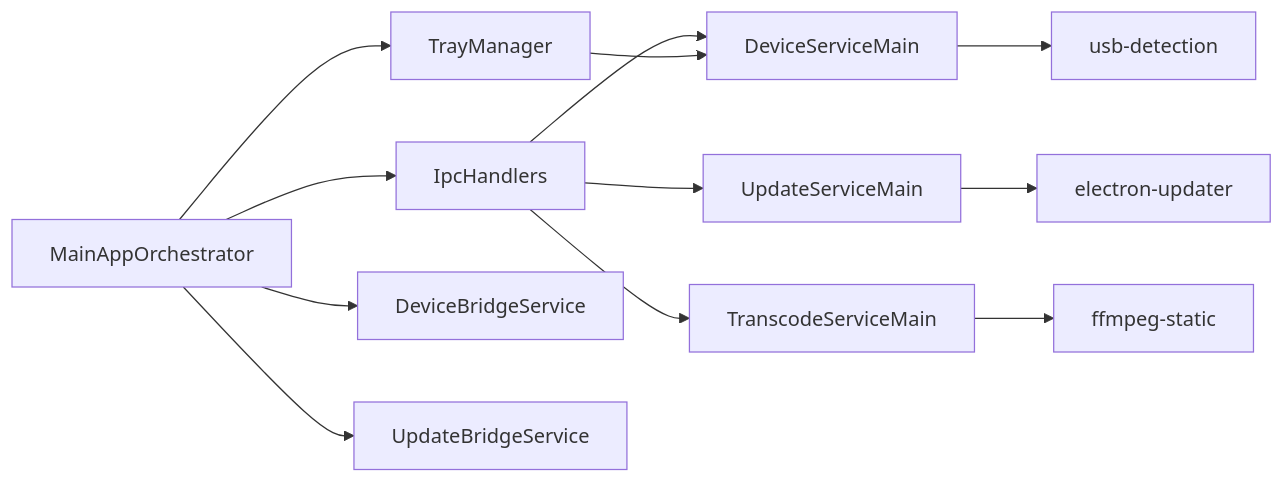
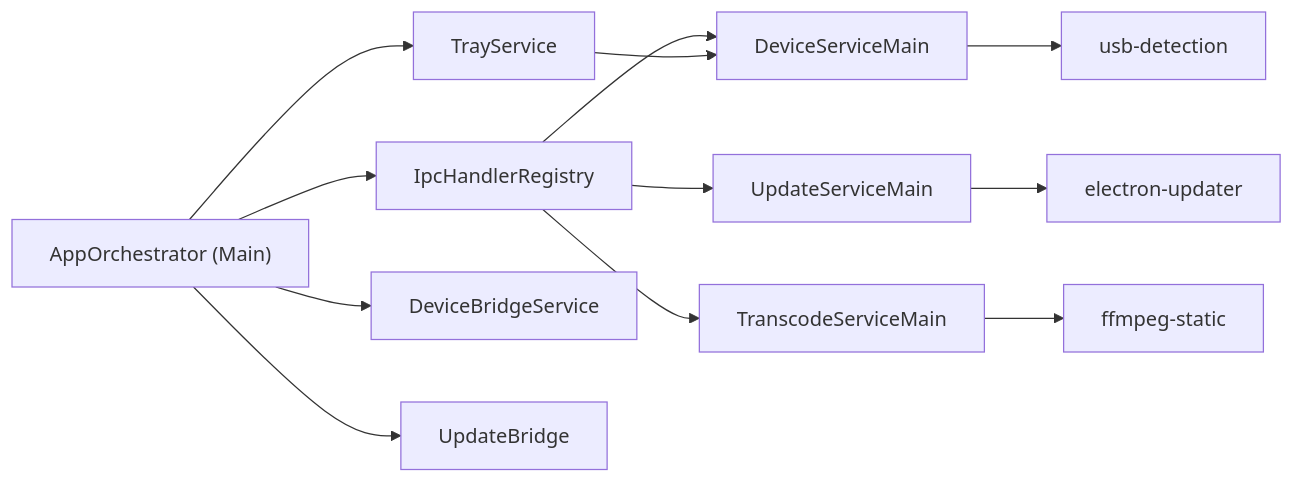
Before and after one commit to josstei/prismgb-app: the fifth of 6 diagrams in docs/architecture-diagrams-onboarding.md, drawn with Mermaid. The commit also changed other lines of this file and 50 other files, not shown here.

````diff
--- a/docs/architecture-diagrams-onboarding.md
+++ b/docs/architecture-diagrams-onboarding.md
@@ -89,27 +83,27 @@
 ```mermaid
 flowchart LR
-  MainAppOrchestrator[MainAppOrchestrator]
-  IpcHandlers[IpcHandlers]
-  TrayManager[TrayManager]
+  AppOrchestrator["AppOrchestrator (Main)"]
+  IpcHandlerRegistry[IpcHandlerRegistry]
+  TrayService[TrayService]
   DeviceBridge[DeviceBridgeService]
-  UpdateBridge[UpdateBridgeService]
+  UpdateBridge[UpdateBridge]
   DeviceServiceMain[DeviceServiceMain]
   UpdateServiceMain[UpdateServiceMain]
   TranscodeServiceMain[TranscodeServiceMain]
   UsbDetection[usb-detection]
   AutoUpdater[electron-updater]
   FFmpeg[ffmpeg-static]
 
-  MainAppOrchestrator --> IpcHandlers
-  MainAppOrchestrator --> TrayManager
-  MainAppOrchestrator --> DeviceBridge
-  MainAppOrchestrator --> UpdateBridge
+  AppOrchestrator --> IpcHandlerRegistry
+  AppOrchestrator --> TrayService
+  AppOrchestrator --> DeviceBridge
+  AppOrchestrator --> UpdateBridge
 
-  IpcHandlers --> DeviceServiceMain
-  IpcHandlers --> UpdateServiceMain
-  IpcHandlers --> TranscodeServiceMain
-  TrayManager --> DeviceServiceMain
+  IpcHandlerRegistry --> DeviceServiceMain
+  IpcHandlerRegistry --> UpdateServiceMain
+  IpcHandlerRegistry --> TranscodeServiceMain
+  TrayService --> DeviceServiceMain
   DeviceServiceMain --> UsbDetection
   UpdateServiceMain --> AutoUpdater
   TranscodeServiceMain --> FFmpeg
 ```
````
